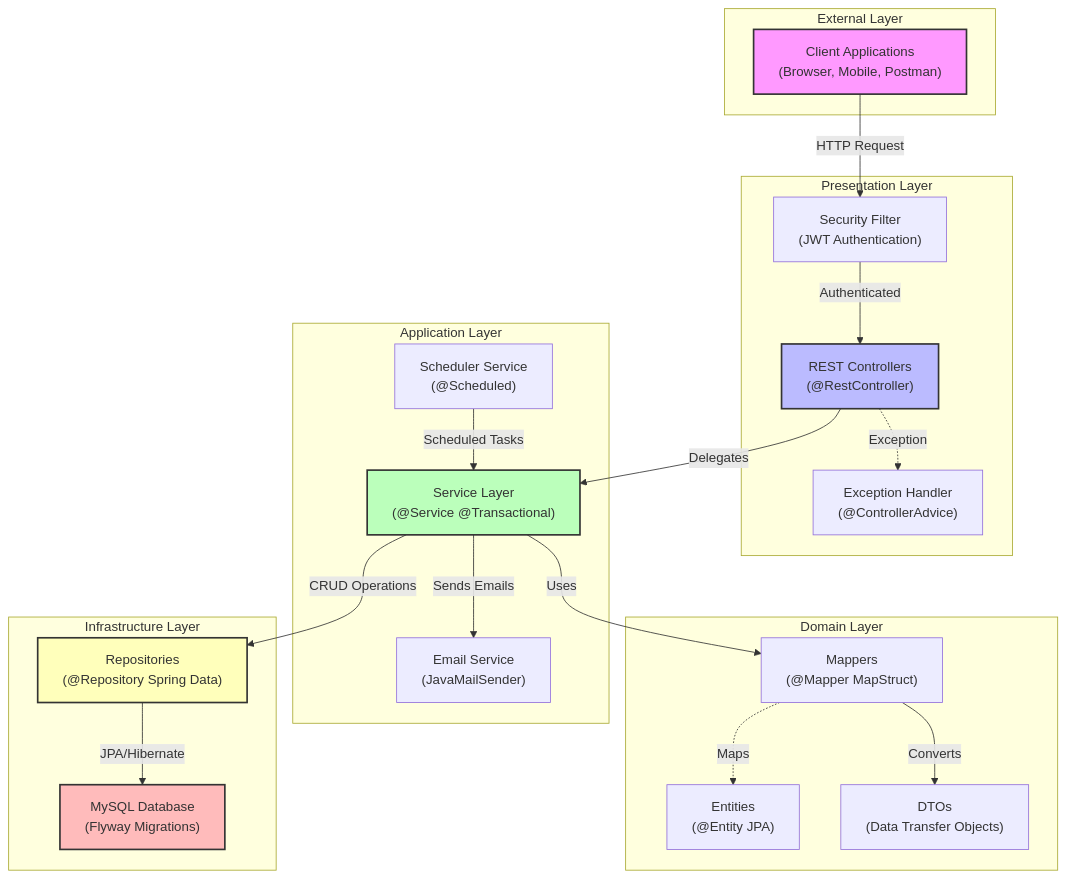
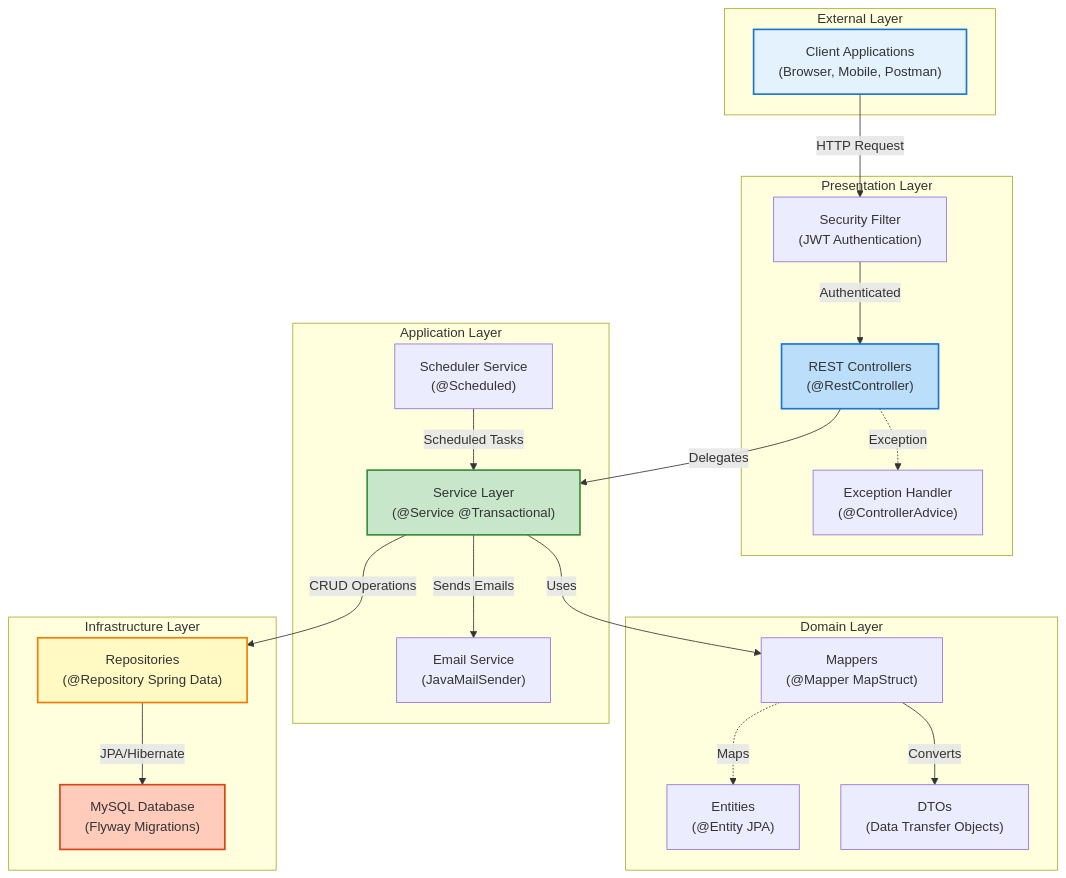
The first of 2 diagrams in README.md (DonatoCorbacioDev/bcm-v2-backend), drawn with Mermaid before and after one commit.

Commit message:
style: update mermaid diagram colors to professional palette
- Replace bright pink/green with Material Design colors
- Improve contrast and readability
- Use corporate color scheme (blue, green, amber)

````diff
--- a/README.md
+++ b/README.md
@@ -64,47 +64,47 @@
 ```mermaid
 graph TB
     subgraph External["External Layer"]
         A["Client Applications<br>(Browser, Mobile, Postman)"]
     end
     
     subgraph Presentation["Presentation Layer"]
         B["REST Controllers<br>(@RestController)"]
         C["Exception Handler<br>(@ControllerAdvice)"]
         D["Security Filter<br>(JWT Authentication)"]
     end
     
     subgraph Application["Application Layer"]
         E["Service Layer<br>(@Service @Transactional)"]
         F["Scheduler Service<br>(@Scheduled)"]
         G["Email Service<br>(JavaMailSender)"]
     end
     
     subgraph Domain["Domain Layer"]
         H["Entities<br>(@Entity JPA)"]
         I["DTOs<br>(Data Transfer Objects)"]
         J["Mappers<br>(@Mapper MapStruct)"]
     end
     
     subgraph Infrastructure["Infrastructure Layer"]
         K["Repositories<br>(@Repository Spring Data)"]
         L["MySQL Database<br>(Flyway Migrations)"]
     end
     
     A -->|HTTP Request| D
     D -->|Authenticated| B
     B -->|Delegates| E
     B -.->|Exception| C
     E -->|Uses| J
     J -->|Converts| I
     J -.->|Maps| H
     E -->|CRUD Operations| K
     K -->|JPA/Hibernate| L
     E -->|Sends Emails| G
     F -->|Scheduled Tasks| E
     
-    style A fill:#f9f,stroke:#333,stroke-width:2px
-    style B fill:#bbf,stroke:#333,stroke-width:2px
-    style E fill:#bfb,stroke:#333,stroke-width:2px
-    style K fill:#ffb,stroke:#333,stroke-width:2px
-    style L fill:#fbb,stroke:#333,stroke-width:2px
+    style A fill:#e3f2fd,stroke:#1976d2,stroke-width:2px
+    style B fill:#bbdefb,stroke:#1976d2,stroke-width:2px
+    style E fill:#c8e6c9,stroke:#388e3c,stroke-width:2px
+    style K fill:#fff9c4,stroke:#f57c00,stroke-width:2px
+    style L fill:#ffccbc,stroke:#d84315,stroke-width:2px
 ```
````
